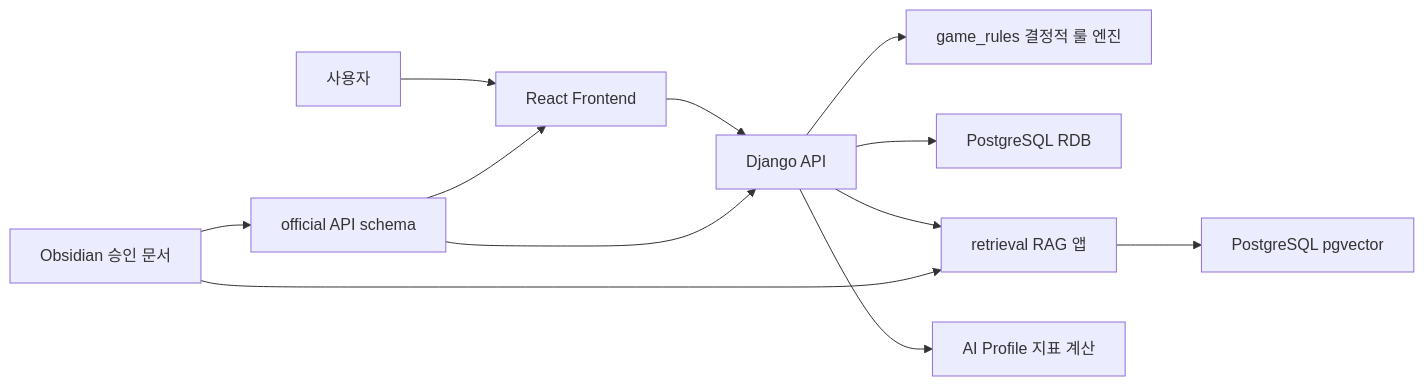
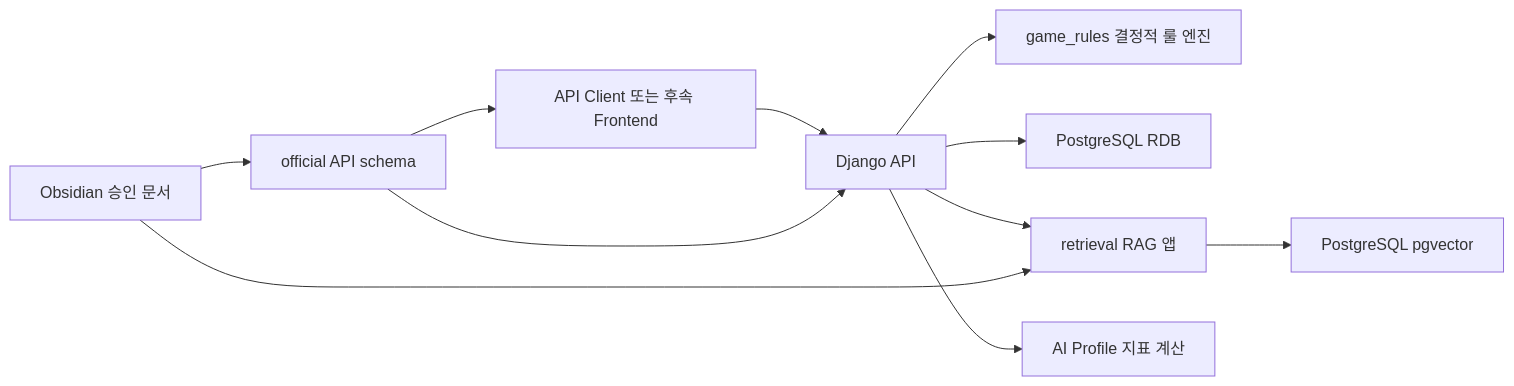
One commit to SKNETWORKS-FAMILY-AICAMP/SKN27-4th-3team changed the first of 5 diagrams in README.md. Above: the diagram before and after it, drawn with Mermaid. The commit also changed other lines of this file and 1 other file, not shown here.

Commit message:
README.md (line 7)를 문서 기준으로 재정리했습니다. 프론트/LLM/KAG/GraphDB는 현재 사용 기술에서 분리했고, GraphDB는 미사용으로 명시했습니다. ERD는 README.md (line 231)에 “RDB 테이블 구성은 있음, 시각적 ERD 산출물은 아직 없음”으로 정리했습니다. memory.md (line 1)도 stale 상태라 현재 브랜치/모델/ERD 상태만 최소 갱신했습니다.

````diff
--- a/README.md
+++ b/README.md
@@ -81,14 +104,13 @@
 ```mermaid
 flowchart LR
-    User["사용자"] --> Frontend["React Frontend"]
-    Frontend --> API["Django API"]
+    Client["API Client 또는 후속 Frontend"] --> API["Django API"]
     API --> Rules["game_rules 결정적 룰 엔진"]
     API --> RDB["PostgreSQL RDB"]
     API --> Retrieval["retrieval RAG 앱"]
     Retrieval --> Vector["PostgreSQL pgvector"]
     API --> Profile["AI Profile 지표 계산"]
     Docs["Obsidian 승인 문서"] --> Retrieval
     Docs --> APIContract["official API schema"]
     APIContract --> API
-    APIContract --> Frontend
+    APIContract --> Client
 ```
````
